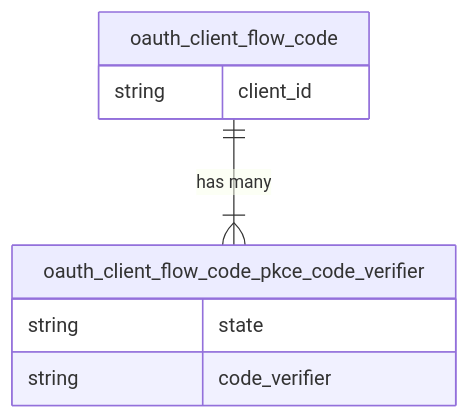
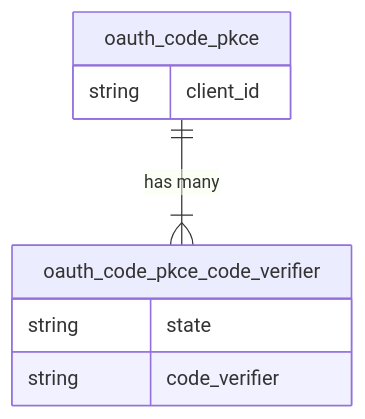
The third of 11 diagrams in README.md (thejimmyg/python-auth-tools), drawn with Mermaid before and after one commit. The commit also changed other lines of this file and 71 other files, not shown here.

````diff
--- a/README.md
+++ b/README.md
@@ -276,11 +277,11 @@
 ```mermaid
 erDiagram
-    oauth_client_flow_code {
+    oauth_code_pkce {
         string client_id
     }
-    oauth_client_flow_code_pkce_code_verifier {
+    oauth_code_pkce_code_verifier {
         string state
         string code_verifier
     }
-    oauth_client_flow_code ||--|{ oauth_client_flow_code_pkce_code_verifier : "has many"
+    oauth_code_pkce ||--|{ oauth_code_pkce_code_verifier : "has many"
 ```
````
